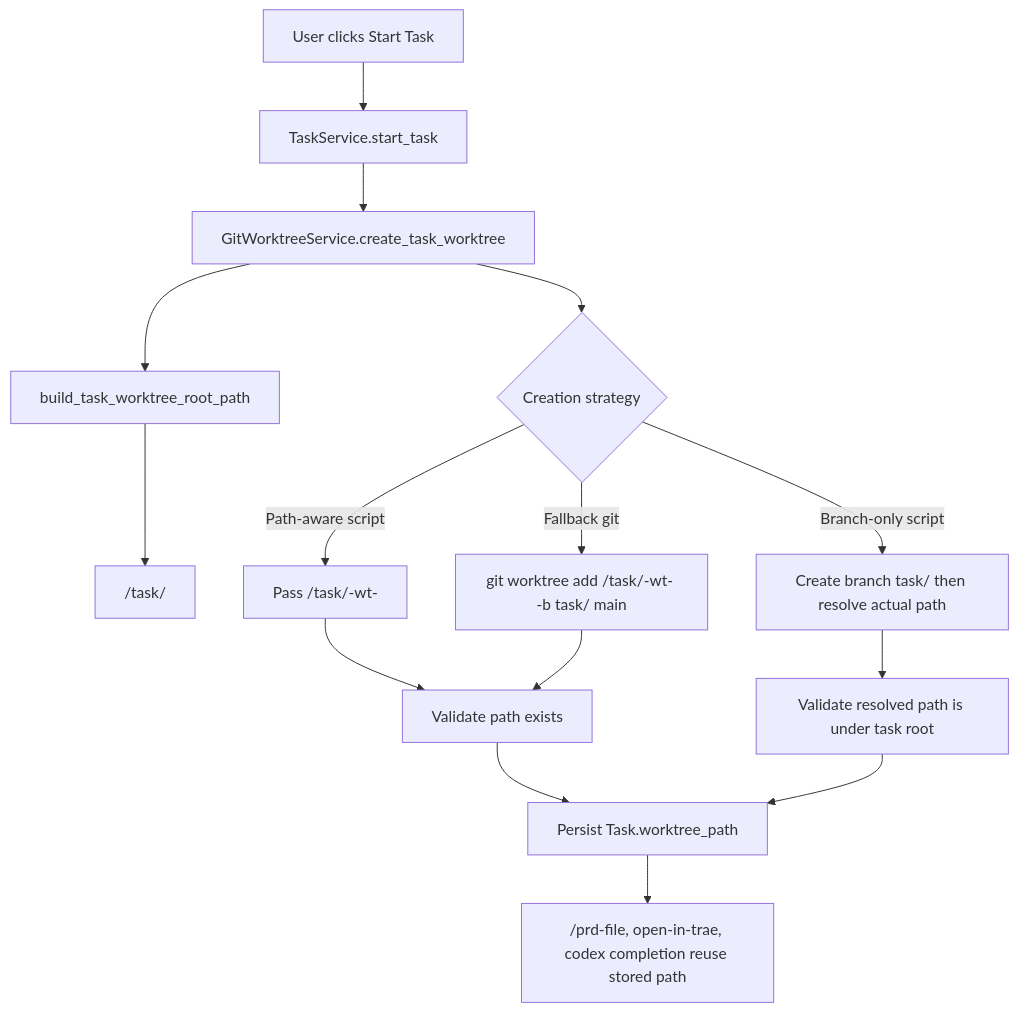
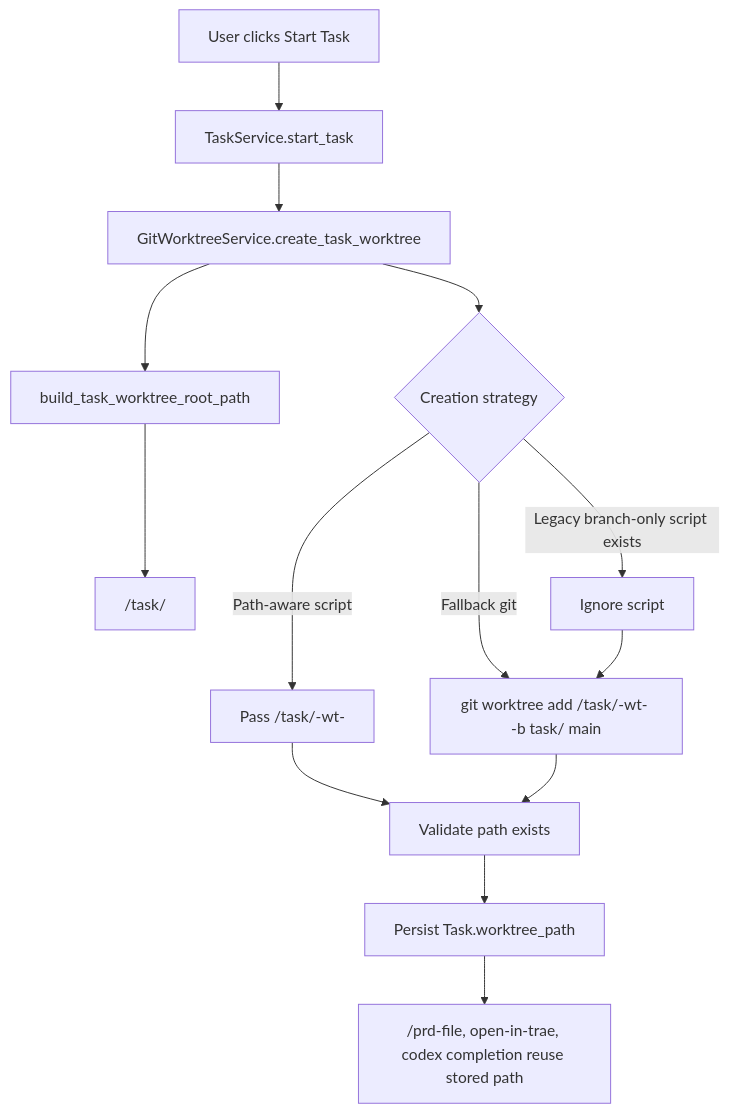
One commit to zata-zhangtao/koda changed the diagram in tasks/archive/20260319-003316-prd-worktrees-under-task-dir.md. Above: the diagram before and after it, drawn with Mermaid. The commit also changed other lines of this file and 7 other files, not shown here.

````diff
--- a/tasks/archive/20260319-003316-prd-worktrees-under-task-dir.md
+++ b/tasks/archive/20260319-003316-prd-worktrees-under-task-dir.md
@@ -108,17 +108,16 @@
 ```mermaid
 flowchart TD
     A[User clicks Start Task] --> B[TaskService.start_task]
     B --> C[GitWorktreeService.create_task_worktree]
     C --> D[build_task_worktree_root_path]
     D --> E["<repo-parent>/task/"]
     C --> F{Creation strategy}
     F -->|Path-aware script| G["Pass <repo-parent>/task/<repo>-wt-<task8>"]
-    F -->|Branch-only script| H["Create branch task/<task8> then resolve actual path"]
+    F -->|Legacy branch-only script exists| H["Ignore script"]
     F -->|Fallback git| I["git worktree add <repo-parent>/task/<repo>-wt-<task8> -b task/<task8> main"]
     G --> J[Validate path exists]
-    H --> K[Validate resolved path is under task root]
+    H --> I
     I --> J
     J --> L[Persist Task.worktree_path]
-    K --> L
     L --> M["/prd-file, open-in-trae, codex completion reuse stored path"]
 ```
````
